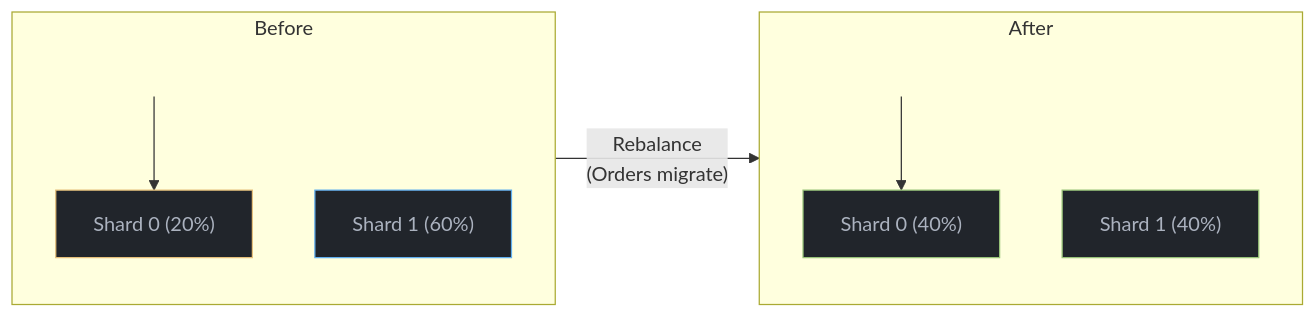
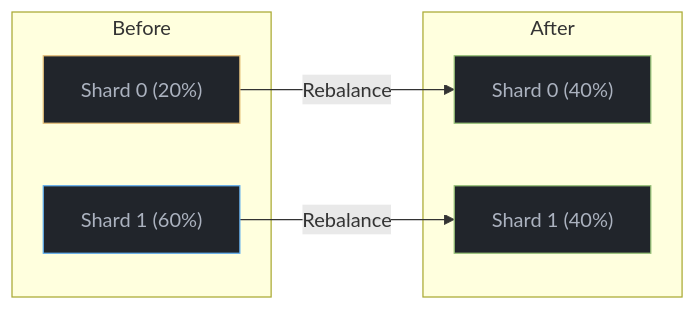
One commit to mgild/mintlify-docs changed the seventh of 8 diagrams in concepts/sharding.mdx. Above: the diagram before and after it, drawn with Mermaid. The commit also changed other lines of this file and 6 other files, not shown here.

````diff
--- a/concepts/sharding.mdx
+++ b/concepts/sharding.mdx
@@ -235,26 +225,21 @@
 ```mermaid
 
 flowchart LR
-    subgraph Before
-        BeforeSpacer3[ ]
+    subgraph Before["Before"]
         B0["Shard 0 (20%)"]
         B1["Shard 1 (60%)"]
-        BeforeSpacer3 --> B0
     end
 
-    Before -->|"Rebalance<br/>(Orders migrate)"| After
+    B0 -->|Rebalance| A0
+    B1 -->|Rebalance| A1
 
-    subgraph After
-        AfterSpacer3[ ]
+    subgraph After["After"]
         A0["Shard 0 (40%)"]
         A1["Shard 1 (40%)"]
-        AfterSpacer3 --> A0
     end
 
-    style BeforeSpacer3 fill:transparent,stroke:transparent,color:transparent
-    style AfterSpacer3 fill:transparent,stroke:transparent,color:transparent
     style B0 fill:#21252b,stroke:#e5c07b,color:#abb2bf
     style B1 fill:#21252b,stroke:#61afef,color:#abb2bf
     style A0 fill:#21252b,stroke:#98c379,color:#abb2bf
     style A1 fill:#21252b,stroke:#98c379,color:#abb2bf
 ```
````
